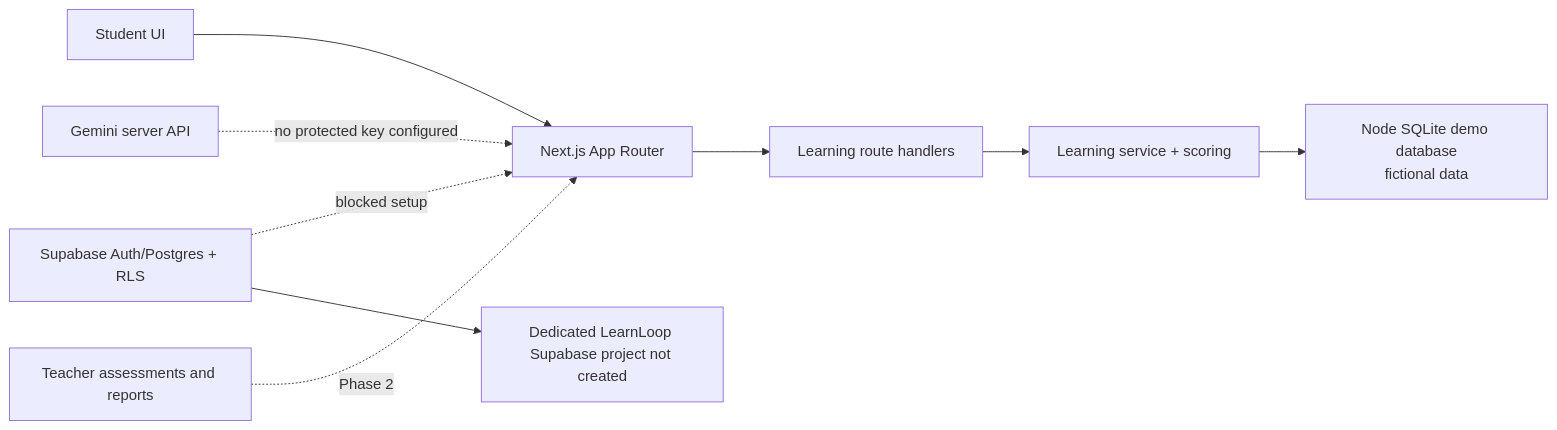
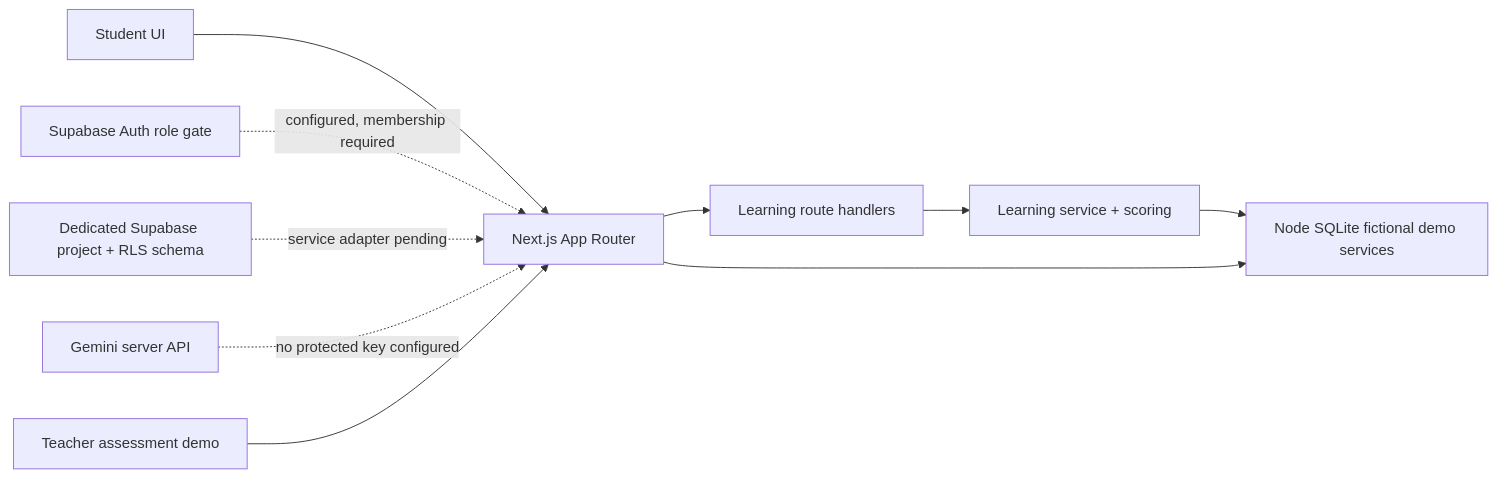
The diagram in docs/ARCHITECTURE.md (awakenedarpit/LearnLoop-AI), drawn with Mermaid before and after one commit. The commit also changed other lines of this file and 34 other files, not shown here.

Commit message:
Add Supabase production foundation and auth gates

````diff
--- a/docs/ARCHITECTURE.md
+++ b/docs/ARCHITECTURE.md
@@ -23,11 +23,12 @@
 ```mermaid
 flowchart LR
   Browser[Student UI] --> App[Next.js App Router]
   App --> Routes[Learning route handlers]
   Routes --> Learning[Learning service + scoring]
   Learning --> Demo[Node SQLite demo database<br/>fictional data]
-  Planned[Supabase Auth/Postgres + RLS] -. blocked setup .-> App
-  Planned --> Cloud[Dedicated LearnLoop Supabase project not created]
+  Auth[Supabase Auth role gate] -. configured, membership required .-> App
+  App --> Demo[Node SQLite fictional demo services]
+  Cloud[Dedicated Supabase project + RLS schema] -. service adapter pending .-> App
   AI[Gemini server API] -. no protected key configured .-> App
-  Teacher[Teacher assessments and reports] -. Phase 2 .-> App
+  Teacher[Teacher assessment demo] --> App
 ```
````
